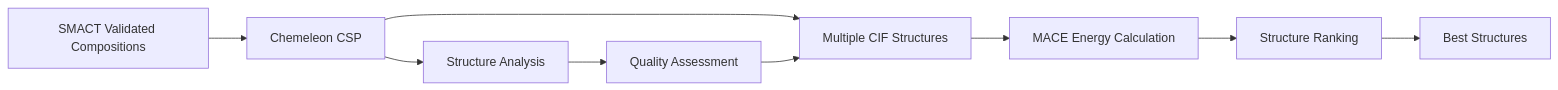
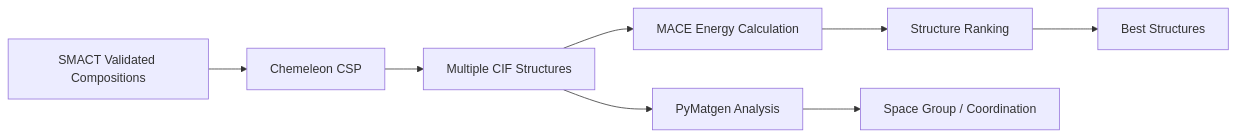
The diagram in docs/tools/chemeleon.md (ryannduma/CrystaLyse.AI), drawn with Mermaid before and after one commit. The commit also changed other lines of this file and 28 other files, not shown here.

````diff
--- a/docs/tools/chemeleon.md
+++ b/docs/tools/chemeleon.md
@@ -349,12 +346,11 @@
 ```mermaid
 graph LR
     A[SMACT Validated Compositions] --> B[Chemeleon CSP]
     B --> C[Multiple CIF Structures]
     C --> D[MACE Energy Calculation]
     D --> E[Structure Ranking]
     E --> F[Best Structures]
     
-    B --> G[Structure Analysis]
-    G --> H[Quality Assessment]
-    H --> C
+    C --> G[PyMatgen Analysis]
+    G --> H[Space Group / Coordination]
 ```
````
